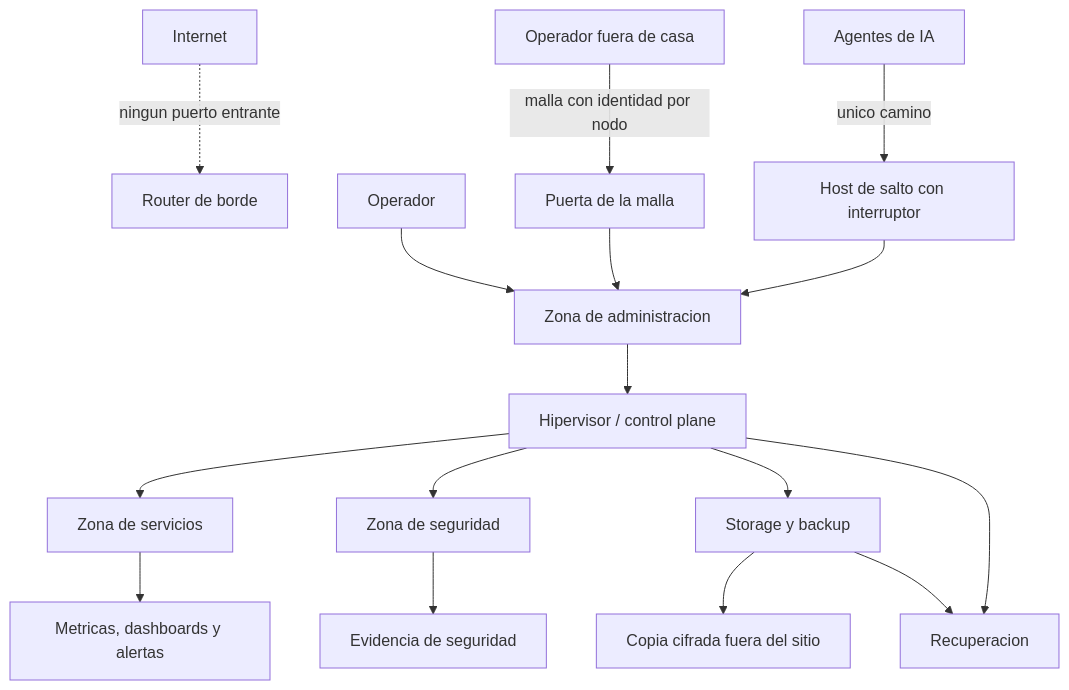
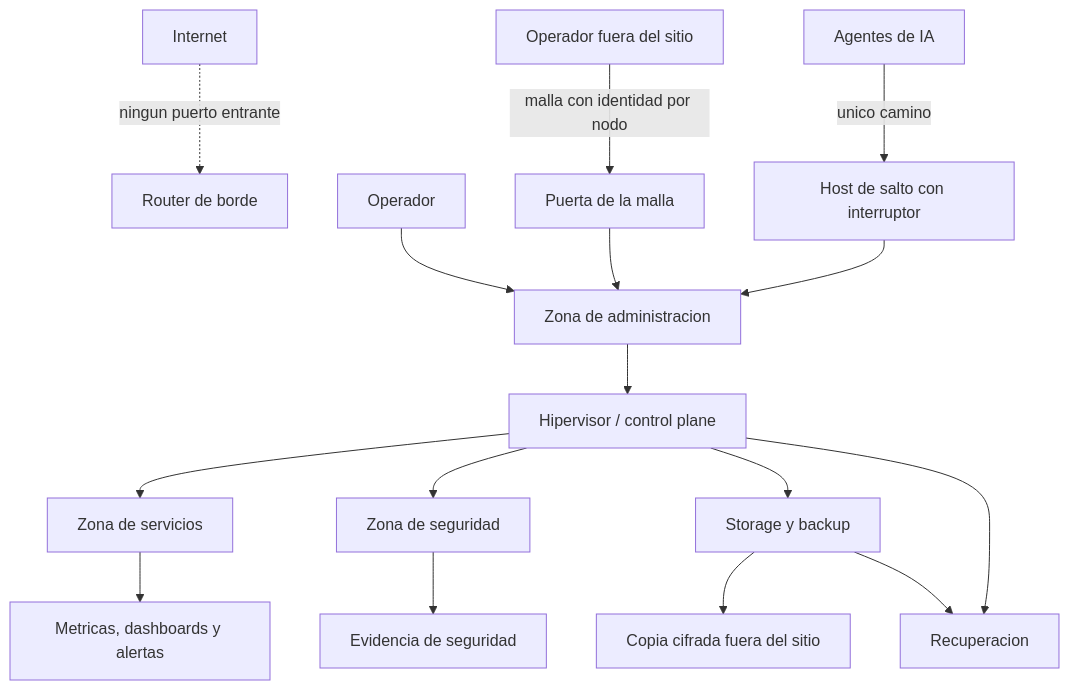
The diagram in docs/es/00-arquitectura-ejecutiva.md (Nicolasperaltait/homelab), drawn with Mermaid before and after one commit. The commit also changed 32 other files, not shown here.

````diff
--- a/docs/es/00-arquitectura-ejecutiva.md
+++ b/docs/es/00-arquitectura-ejecutiva.md
@@ -30,20 +30,20 @@
 ```mermaid
 flowchart TB
     Internet[Internet] -.->|ningun puerto entrante| Borde[Router de borde]
     Operador[Operador] --> Mgmt[Zona de administracion]
-    Remoto[Operador fuera de casa] -->|malla con identidad por nodo| Gw[Puerta de la malla]
+    Remoto[Operador fuera del sitio] -->|malla con identidad por nodo| Gw[Puerta de la malla]
     Gw --> Mgmt
     Agente[Agentes de IA] -->|unico camino| Salto[Host de salto con interruptor]
     Salto --> Mgmt
 
     Mgmt --> HV[Hipervisor / control plane]
     HV --> Servicios[Zona de servicios]
     HV --> Seguridad[Zona de seguridad]
     HV --> Storage[Storage y backup]
     HV --> DR[Recuperacion]
 
     Servicios --> Obs[Metricas, dashboards y alertas]
     Seguridad --> Evidencia[Evidencia de seguridad]
     Storage --> Offsite[Copia cifrada fuera del sitio]
     Storage --> DR
 ```
````
